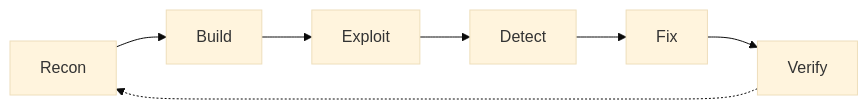
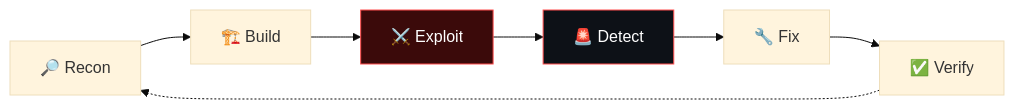
The diagram in README.md (N4khlA/N4khlA), drawn with Mermaid (base theme) before and after one commit. The commit also changed other lines of this file and 1 other file, not shown here.

````diff
--- a/README.md
+++ b/README.md
@@ -103,9 +96,7 @@
 ```mermaid
 flowchart LR
-    R["Recon"] --> B["Build"]
-    B --> X["Exploit"]
-    X --> D["Detect"]
-    D --> F["Fix"]
-    F --> V["Verify"]
+    R["🔎 Recon"] --> B["🏗️ Build"] --> X["⚔️ Exploit"] --> D["🚨 Detect"] --> F["🔧 Fix"] --> V["✅ Verify"]
     V -.-> R
+    style X fill:#3b0a0a,stroke:#ff4d4d,color:#ffffff
+    style D fill:#0d1117,stroke:#ff4d4d,color:#ffffff
 ```
````
